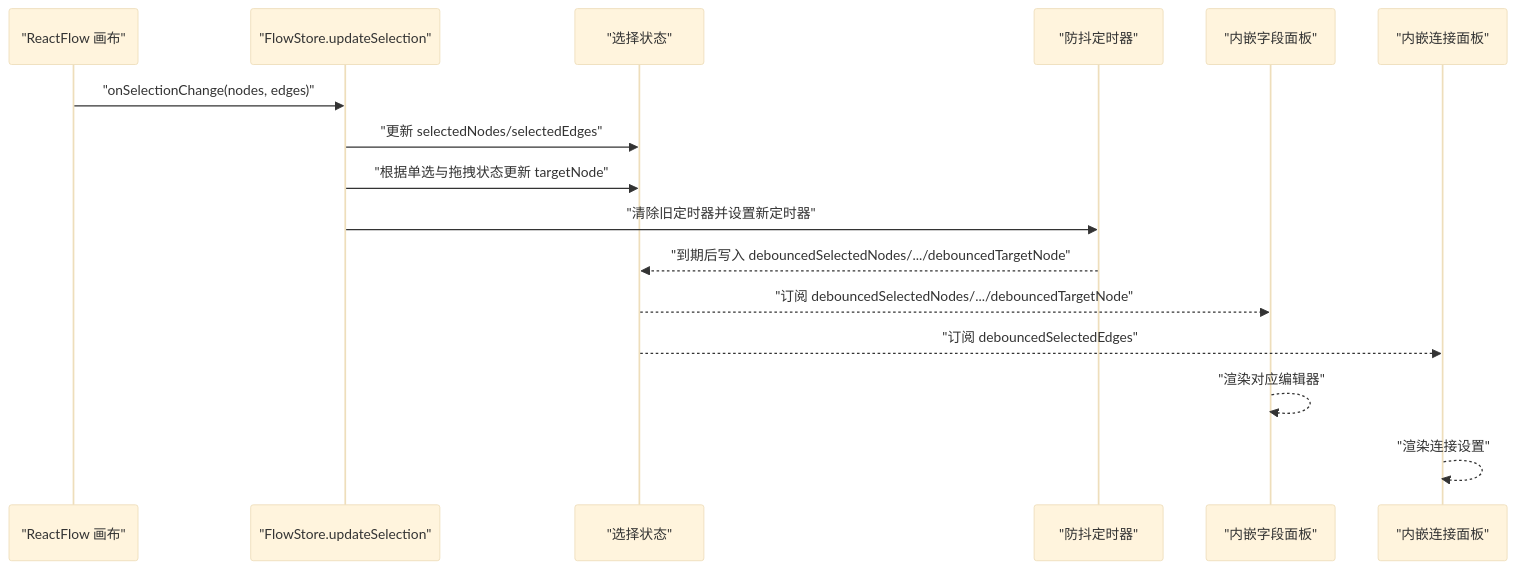
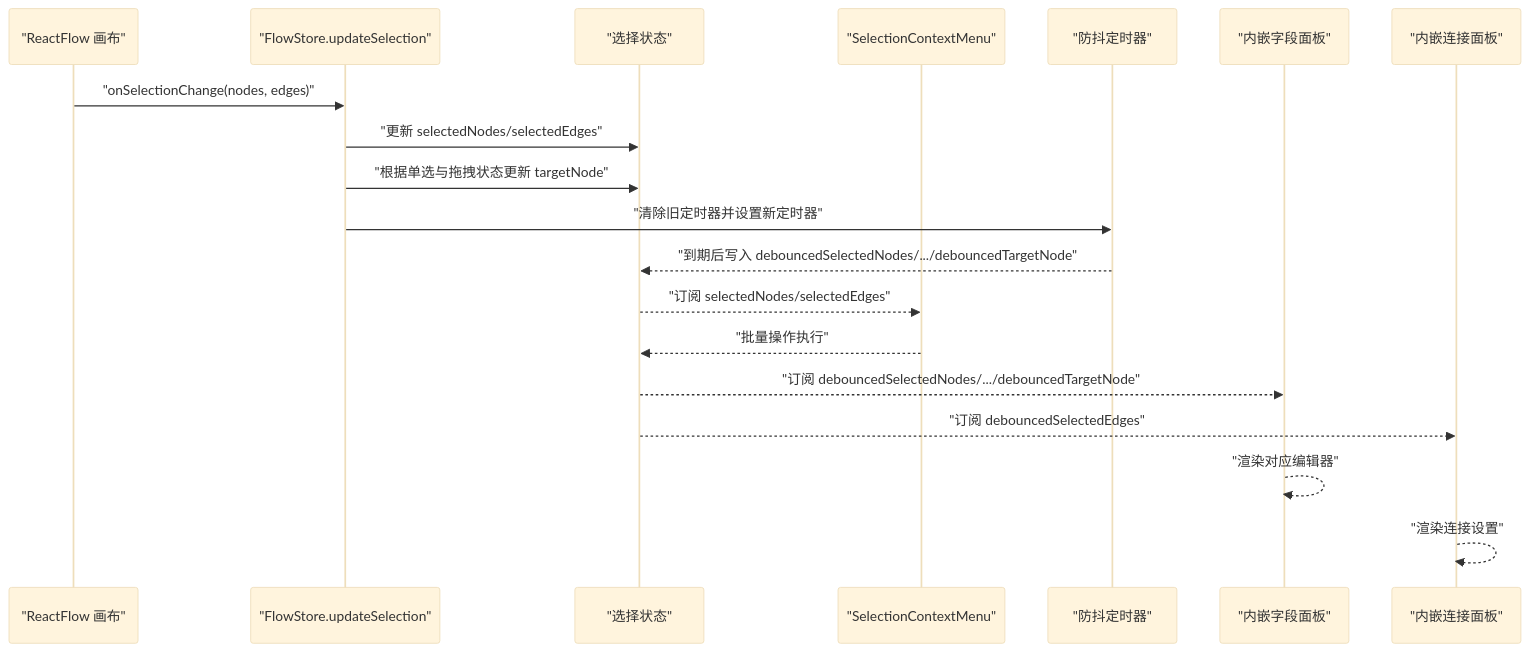
The second of 4 diagrams in .qoder/repowiki/zh/content/核心概念/数据模型/状态管理类型/选择状态切片.md (kqcoxn/MaaPipelineEditor), drawn with Mermaid (base theme) before and after one commit. The commit also changed other lines of this file and 22 other files, not shown here.

````diff
--- a/.qoder/repowiki/zh/content/核心概念/数据模型/状态管理类型/选择状态切片.md
+++ b/.qoder/repowiki/zh/content/核心概念/数据模型/状态管理类型/选择状态切片.md
@@ -84,18 +103,21 @@
 ```mermaid
 sequenceDiagram
 participant RF as "ReactFlow 画布"
 participant FS as "FlowStore.updateSelection"
 participant ST as "选择状态"
+participant SC as "SelectionContextMenu"
 participant DP as "防抖定时器"
 participant IF as "内嵌字段面板"
 participant IE as "内嵌连接面板"
 RF->>FS : "onSelectionChange(nodes, edges)"
 FS->>ST : "更新 selectedNodes/selectedEdges"
 FS->>ST : "根据单选与拖拽状态更新 targetNode"
 FS->>DP : "清除旧定时器并设置新定时器"
 DP-->>ST : "到期后写入 debouncedSelectedNodes/.../debouncedTargetNode"
+ST-->>SC : "订阅 selectedNodes/selectedEdges"
+SC-->>ST : "批量操作执行"
 ST-->>IF : "订阅 debouncedSelectedNodes/.../debouncedTargetNode"
 ST-->>IE : "订阅 debouncedSelectedEdges"
 IF-->>IF : "渲染对应编辑器"
 IE-->>IE : "渲染连接设置"
 ```
````
